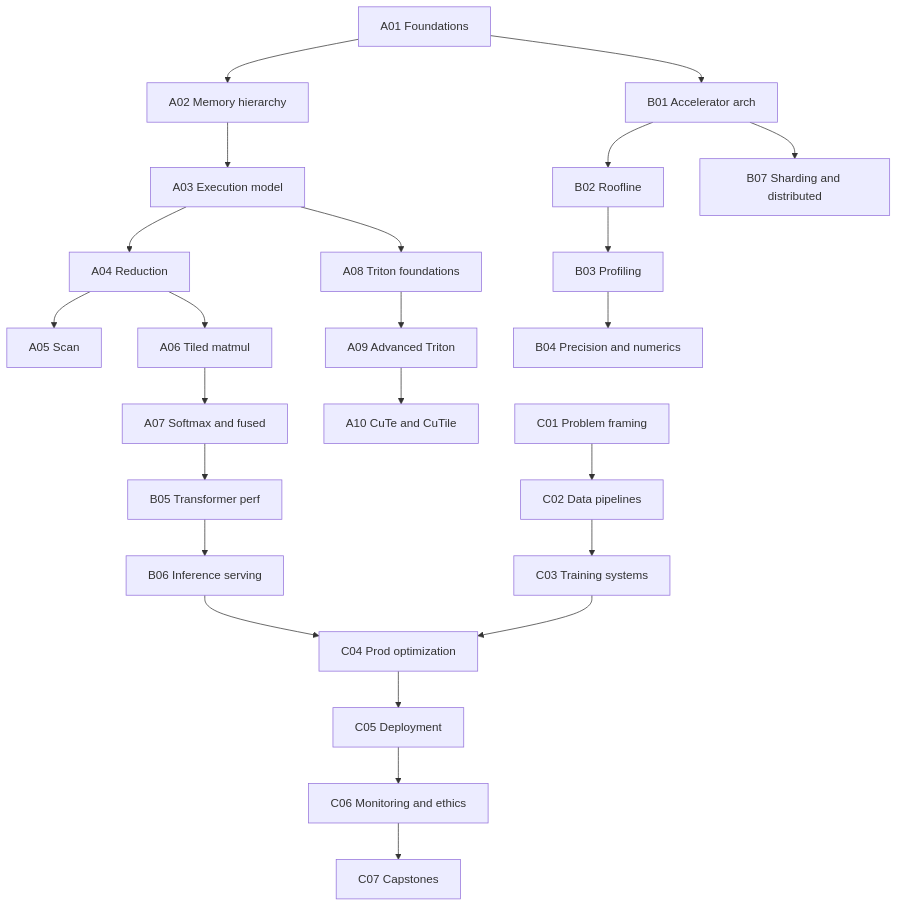
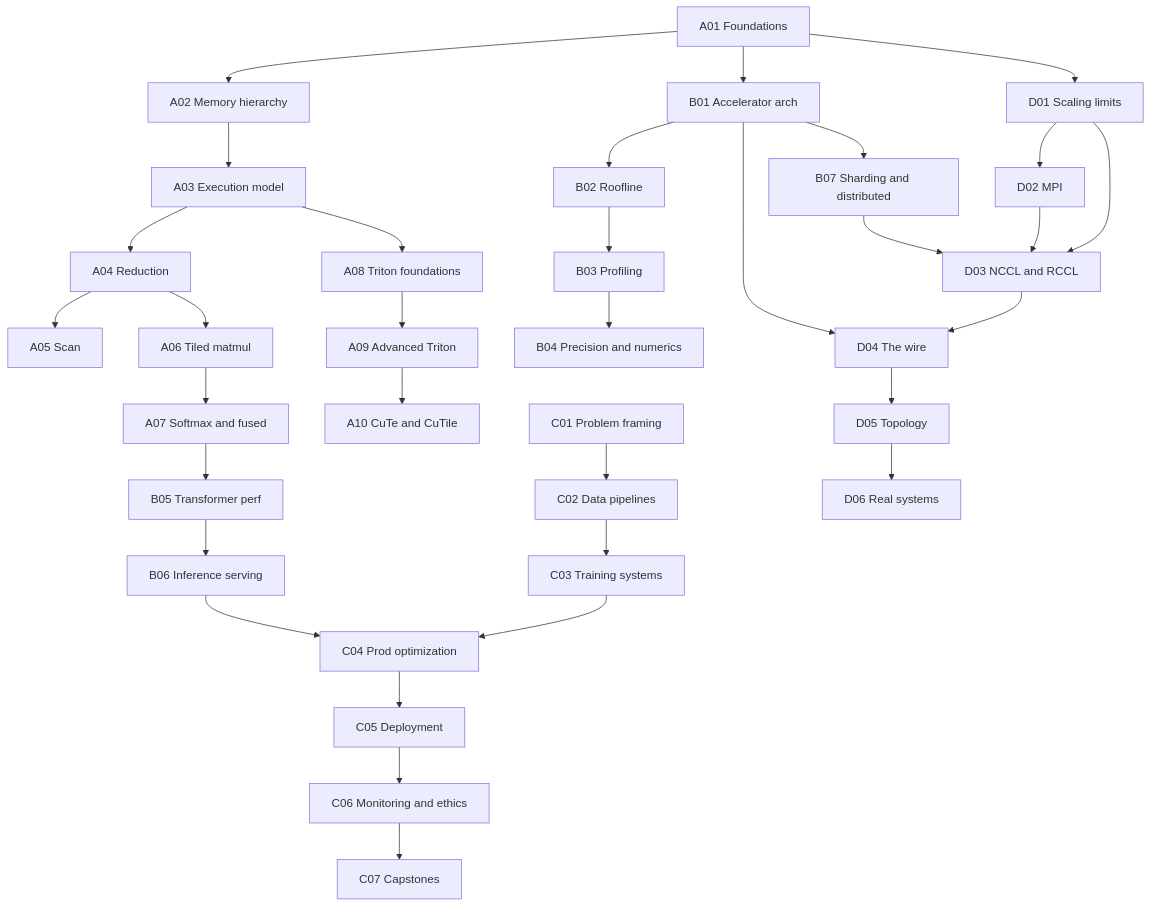
The first of 3 diagrams in CURRICULUM.md (gahan9/ParallelProgramming), drawn with Mermaid before and after one commit. The commit also changed other lines of this file and 123 other files, not shown here.

````diff
--- a/CURRICULUM.md
+++ b/CURRICULUM.md
@@ -26,28 +26,38 @@
 ```mermaid
 flowchart TD
   A01[A01 Foundations] --> A02[A02 Memory hierarchy]
   A02 --> A03[A03 Execution model]
   A03 --> A04[A04 Reduction]
   A04 --> A05[A05 Scan]
   A04 --> A06[A06 Tiled matmul]
   A06 --> A07[A07 Softmax and fused]
   A03 --> A08[A08 Triton foundations]
   A08 --> A09[A09 Advanced Triton]
   A09 --> A10[A10 CuTe and CuTile]
 
   A01 --> B01[B01 Accelerator arch]
   B01 --> B02[B02 Roofline]
   B02 --> B03[B03 Profiling]
   B03 --> B04[B04 Precision and numerics]
   A07 --> B05[B05 Transformer perf]
   B05 --> B06[B06 Inference serving]
   B01 --> B07[B07 Sharding and distributed]
 
   C01[C01 Problem framing] --> C02[C02 Data pipelines]
   C02 --> C03[C03 Training systems]
   C03 --> C04[C04 Prod optimization]
   B06 --> C04
   C04 --> C05[C05 Deployment]
   C05 --> C06[C06 Monitoring and ethics]
   C06 --> C07[C07 Capstones]
+
+  A01 --> D01[D01 Scaling limits]
+  D01 --> D02[D02 MPI]
+  D01 --> D03[D03 NCCL and RCCL]
+  D02 --> D03
+  D03 --> D04[D04 The wire]
+  B01 --> D04
+  D04 --> D05[D05 Topology]
+  D05 --> D06[D06 Real systems]
+  B07 --> D03
 ```
````
